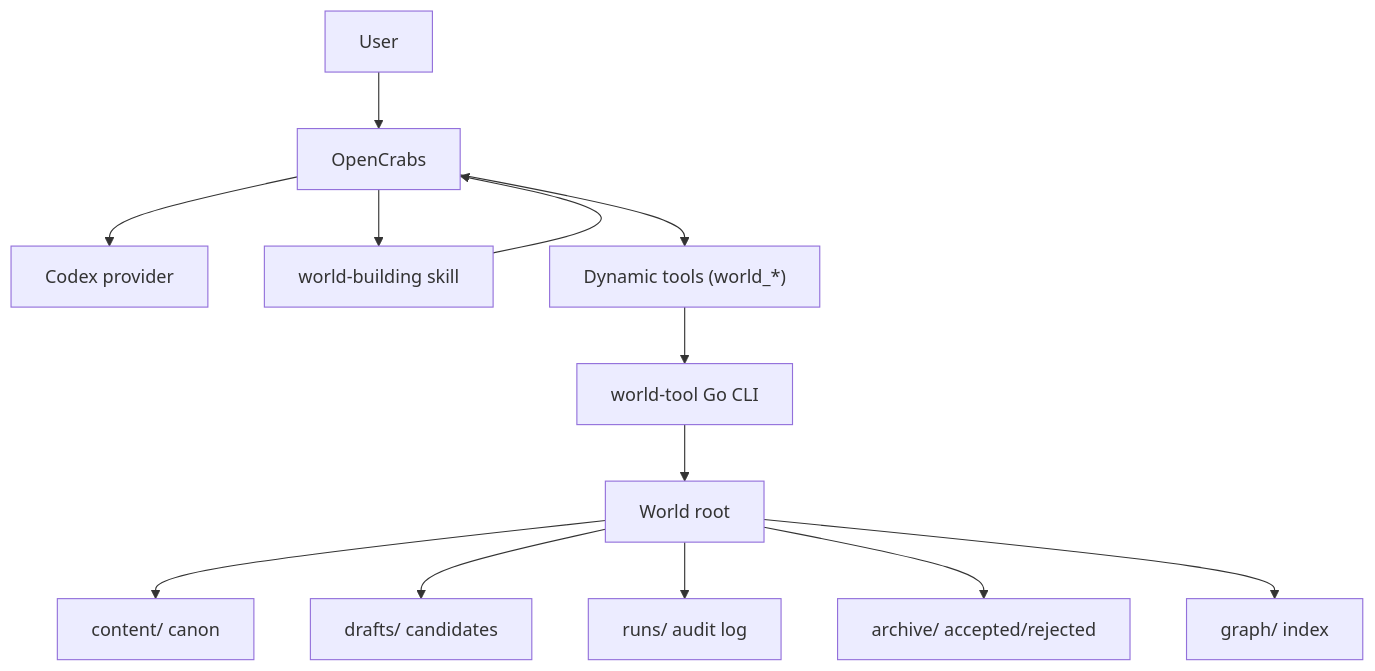
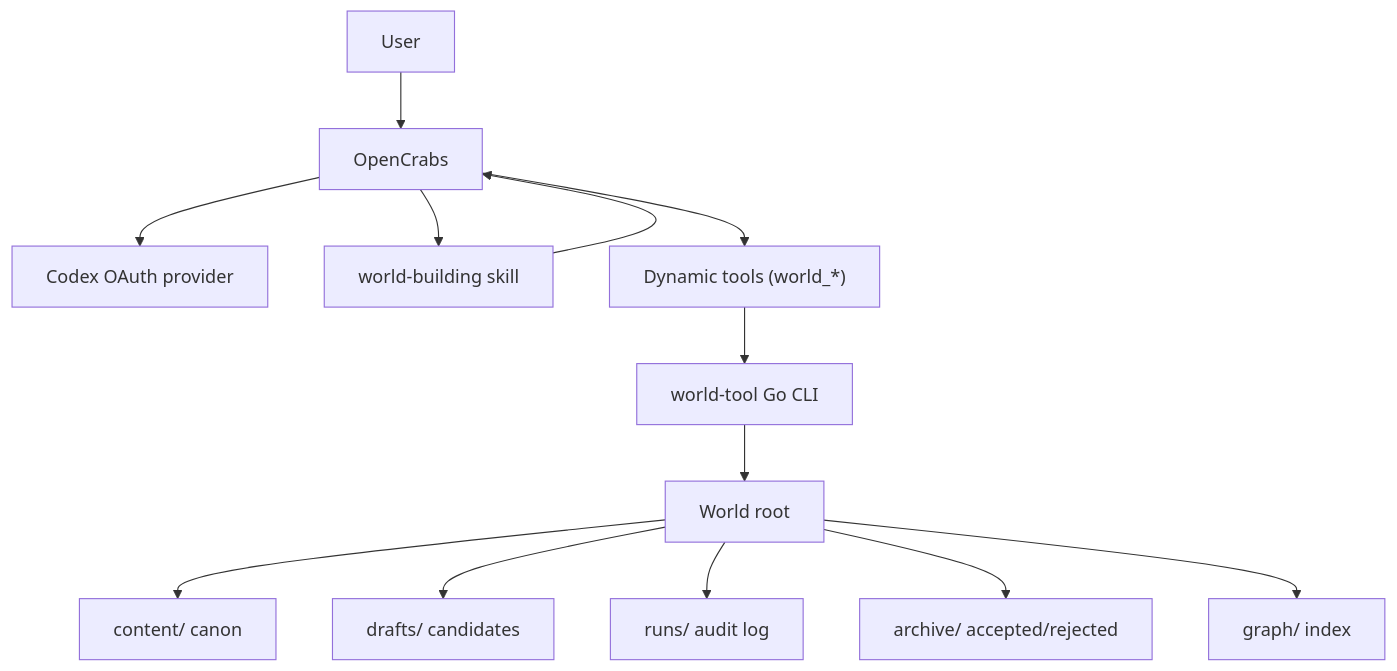
Before and after one commit to hoonzinope/world-building-harness: the first of 5 diagrams in docs/system-design.md, drawn with Mermaid. The commit also changed other lines of this file and 5 other files, not shown here.

Commit message:
docs: use Codex OAuth provider by default

````diff
--- a/docs/system-design.md
+++ b/docs/system-design.md
@@ -16,15 +16,15 @@
 ```mermaid
 flowchart TD
     U["User"] --> OC["OpenCrabs"]
-    OC --> CP["Codex provider"]
+    OC --> CP["Codex OAuth provider"]
     OC --> SK["world-building skill"]
     SK --> OC
     OC --> DT["Dynamic tools (world_*)"]
     DT --> WT["world-tool Go CLI"]
     WT --> WR["World root"]
     WR --> C["content/ canon"]
     WR --> D["drafts/ candidates"]
     WR --> R["runs/ audit log"]
     WR --> A["archive/ accepted/rejected"]
     WR --> G["graph/ index"]
 ```
````
